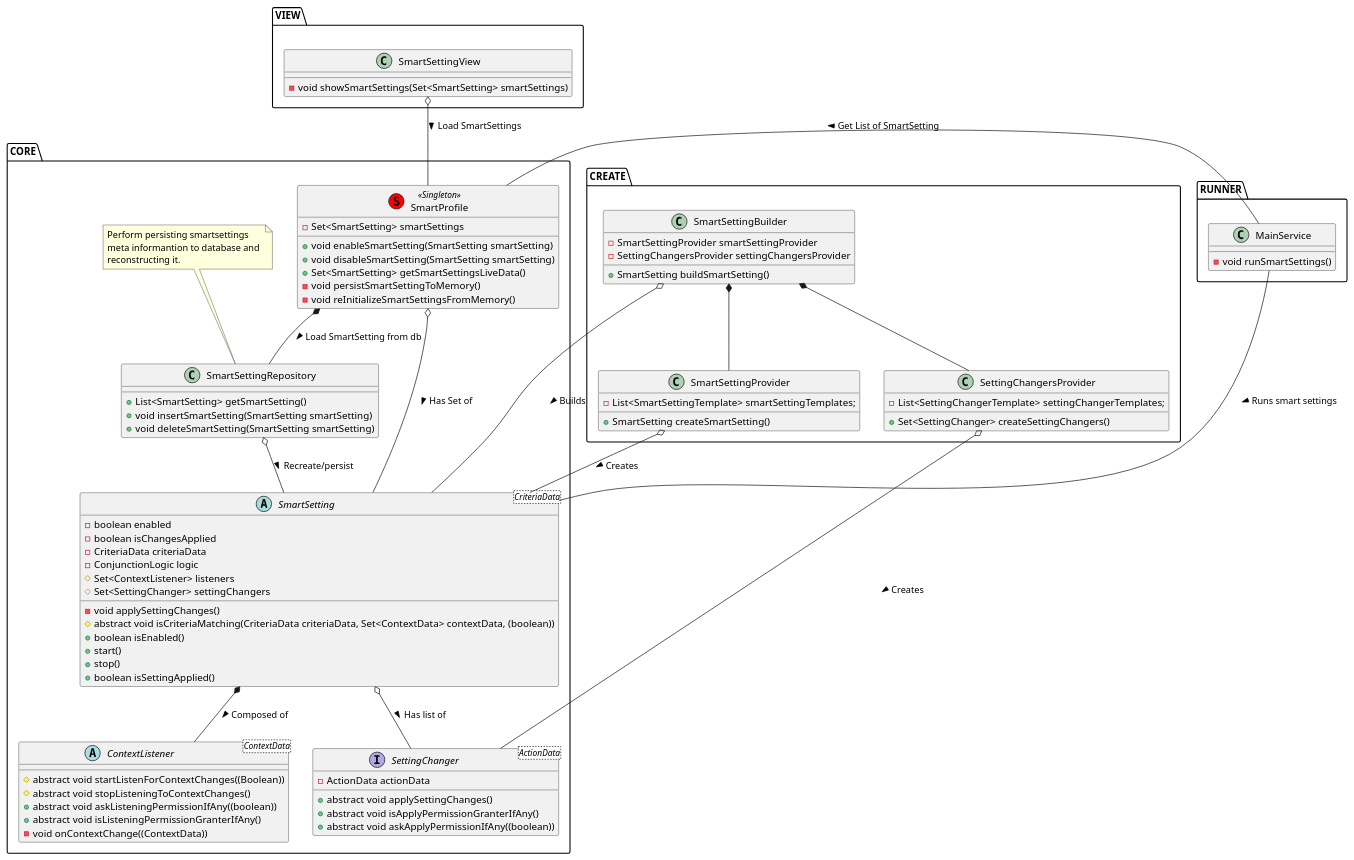
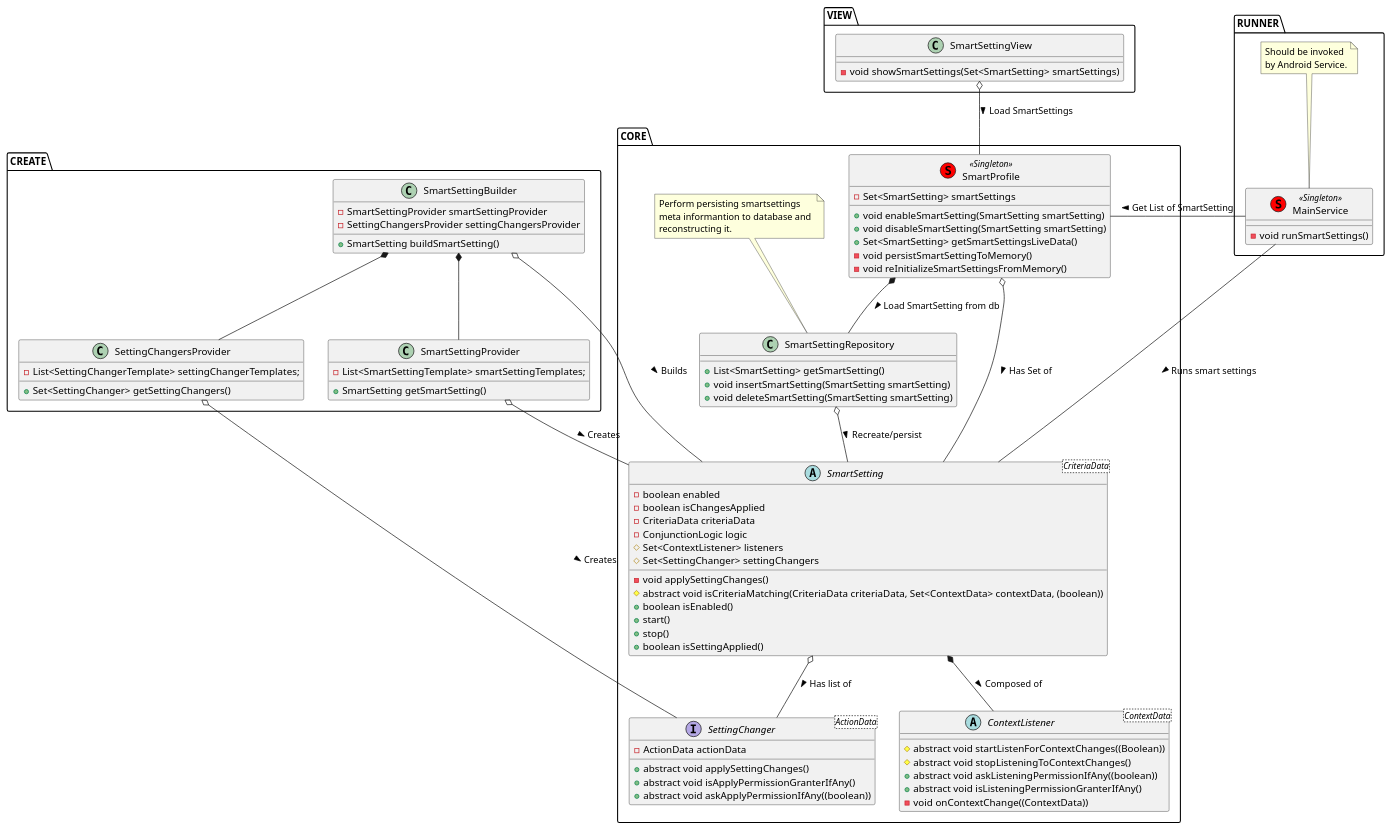
The diagram in MDD/class_diagram.puml (praslnx8/SmartSettings), drawn with PlantUML before and after one commit. The commit also changed 12 other files, not shown here.

```diff
--- a/MDD/class_diagram.puml
+++ b/MDD/class_diagram.puml
@@ -1,108 +1,110 @@
 @startuml
 
 package CORE {
 
 abstract class ContextListener<ContextData> {
     # abstract void startListenForContextChanges((Boolean))
     # abstract void stopListeningToContextChanges()
     + abstract void askListeningPermissionIfAny((boolean))
     + abstract void isListeningPermissionGranterIfAny()
     - void onContextChange((ContextData))
 }
 
 interface SettingChanger<ActionData> {
     - ActionData actionData
     + abstract void applySettingChanges()
     + abstract void isApplyPermissionGranterIfAny()
     + abstract void askApplyPermissionIfAny((boolean))
 }
 
 abstract class SmartSetting<CriteriaData> {
     - boolean enabled
     - boolean isChangesApplied
     - CriteriaData criteriaData
     - ConjunctionLogic logic
     # Set<ContextListener> listeners
     # Set<SettingChanger> settingChangers
     - void applySettingChanges()
     # abstract void isCriteriaMatching(CriteriaData criteriaData, Set<ContextData> contextData, (boolean))
     + boolean isEnabled()
     + start()
     + stop()
     + boolean isSettingApplied()
 }
 
 SmartSetting *-- ContextListener : Composed of >
 SmartSetting o-- SettingChanger : Has list of >
 
 class SmartSettingRepository {
 
     + List<SmartSetting> getSmartSetting()
     + void insertSmartSetting(SmartSetting smartSetting)
     + void deleteSmartSetting(SmartSetting smartSetting)
 }
 
 note top of SmartSettingRepository : Perform persisting smartsettings \nmeta informantion to database and \nreconstructing it.
 
 SmartSettingRepository o-- SmartSetting : Recreate/persist >
 
 class SmartProfile <<(S,red) Singleton>> {
     - Set<SmartSetting> smartSettings
     + void enableSmartSetting(SmartSetting smartSetting)
     + void disableSmartSetting(SmartSetting smartSetting)
     + Set<SmartSetting> getSmartSettingsLiveData()
     - void persistSmartSettingToMemory()
     - void reInitializeSmartSettingsFromMemory()
 }
 
 SmartProfile o-- SmartSetting : Has Set of >
 SmartProfile *-- SmartSettingRepository : Load SmartSetting from db >
 }
 
 package CREATE {
 
 class SmartSettingProvider {
     - List<SmartSettingTemplate> smartSettingTemplates;
-    + SmartSetting createSmartSetting()
+    + SmartSetting getSmartSetting()
 }
 
 SmartSettingProvider o-- SmartSetting : Creates >
 
 class SettingChangersProvider {
     - List<SettingChangerTemplate> settingChangerTemplates;
-    + Set<SettingChanger> createSettingChangers()
+    + Set<SettingChanger> getSettingChangers()
 }
 
 SettingChangersProvider o-- SettingChanger : Creates >
 
 class SmartSettingBuilder {
     - SmartSettingProvider smartSettingProvider
     - SettingChangersProvider settingChangersProvider
     + SmartSetting buildSmartSetting()
 }
 
 SmartSettingBuilder *-- SmartSettingProvider
 SmartSettingBuilder *-- SettingChangersProvider
 SmartSettingBuilder o-- SmartSetting : Builds >
 
 }
 
 package RUNNER {
 
-class MainService {
+class MainService <<(S,red) Singleton>> {
     - void runSmartSettings()
 }
+
+note top of MainService : Should be invoked \nby Android Service.
 
 MainService - SmartSetting : Runs smart settings >
 MainService - SmartProfile : Get List of SmartSetting >
 }
 
 package VIEW {
     class SmartSettingView {
         - void showSmartSettings(Set<SmartSetting> smartSettings)
     }
 
     SmartSettingView o-- SmartProfile : Load SmartSettings >
 }
 
 @enduml
```
